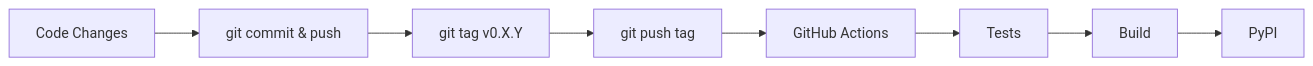
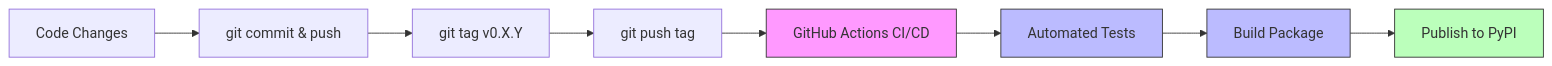
Before and after one commit to GAIK-project/toolkit-shared-components: the diagram in CONTRIBUTING.md, drawn with Mermaid. The commit also changed other lines of this file, not shown here.

````diff
--- a/CONTRIBUTING.md
+++ b/CONTRIBUTING.md
@@ -104,10 +133,15 @@
 ```mermaid
 flowchart LR
     A[Code Changes] --> B[git commit & push]
     B --> C[git tag v0.X.Y]
     C --> D[git push tag]
-    D --> E[GitHub Actions]
-    E --> F[Tests]
-    F --> G[Build]
-    G --> H[PyPI]
+    D --> E[GitHub Actions CI/CD]
+    E --> F[Automated Tests]
+    F --> G[Build Package]
+    G --> H[Publish to PyPI]
+
+    style E fill:#f9f,stroke:#333
+    style F fill:#bbf,stroke:#333
+    style G fill:#bbf,stroke:#333
+    style H fill:#bfb,stroke:#333
 ```
````
